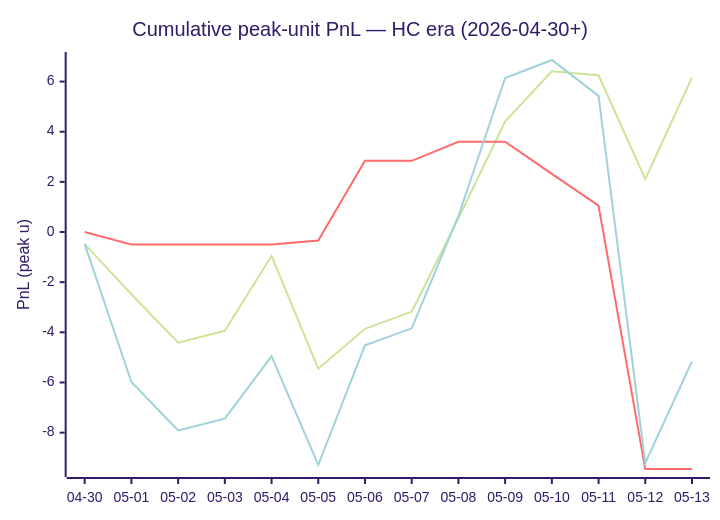
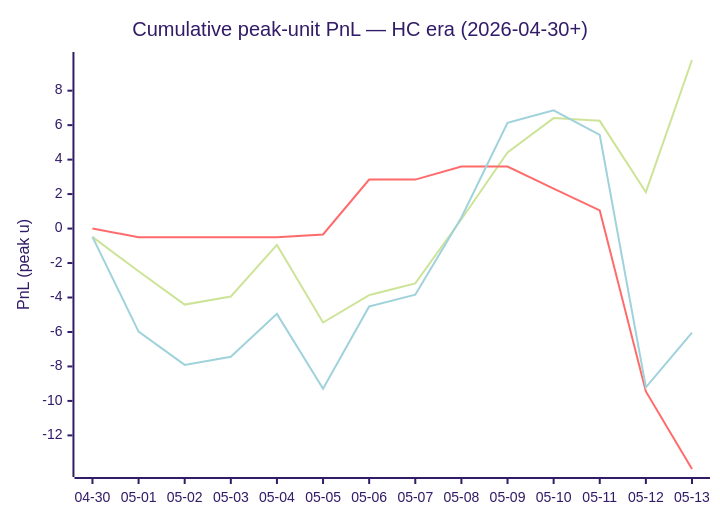
Before and after one commit to dpk1212/nhl-savant: the diagram in DAILY_V6_REPORT.md, drawn with Mermaid (forest theme). The commit also changed other lines of this file, not shown here.

````diff
--- a/DAILY_V6_REPORT.md
+++ b/DAILY_V6_REPORT.md
@@ -170,9 +172,9 @@
 ```mermaid
 xychart-beta
     title "Cumulative peak-unit PnL — HC era (2026-04-30+)"
     x-axis ["04-30", "05-01", "05-02", "05-03", "05-04", "05-05", "05-06", "05-07", "05-08", "05-09", "05-10", "05-11", "05-12", "05-13"]
     y-axis "PnL (peak u)"
-    line "HC ≥ +1" [-0.48, -2.48, -4.41, -3.94, -0.95, -5.45, -3.86, -3.18, 0.54, 4.41, 6.41, 6.25, 2.11, 6.16]
-    line "HC = 0"  [0.00, -0.50, -0.50, -0.50, -0.50, -0.34, 2.84, 2.84, 3.60, 3.60, 2.32, 1.05, -9.45, -9.45]
-    line "All (HC era)" [-0.48, -5.98, -7.91, -7.44, -4.95, -9.29, -4.52, -3.84, 0.64, 6.14, 6.86, 5.43, -9.21, -5.16]
+    line "HC ≥ +1" [-0.48, -2.48, -4.41, -3.94, -0.95, -5.45, -3.86, -3.18, 0.54, 4.41, 6.41, 6.25, 2.11, 9.78]
+    line "HC = 0"  [0.00, -0.50, -0.50, -0.50, -0.50, -0.34, 2.84, 2.84, 3.60, 3.60, 2.32, 1.05, -9.45, -13.95]
+    line "All (HC era)" [-0.48, -5.98, -7.91, -7.44, -4.95, -9.29, -4.52, -3.84, 0.64, 6.14, 6.86, 5.43, -9.21, -6.04]
 ```
````
